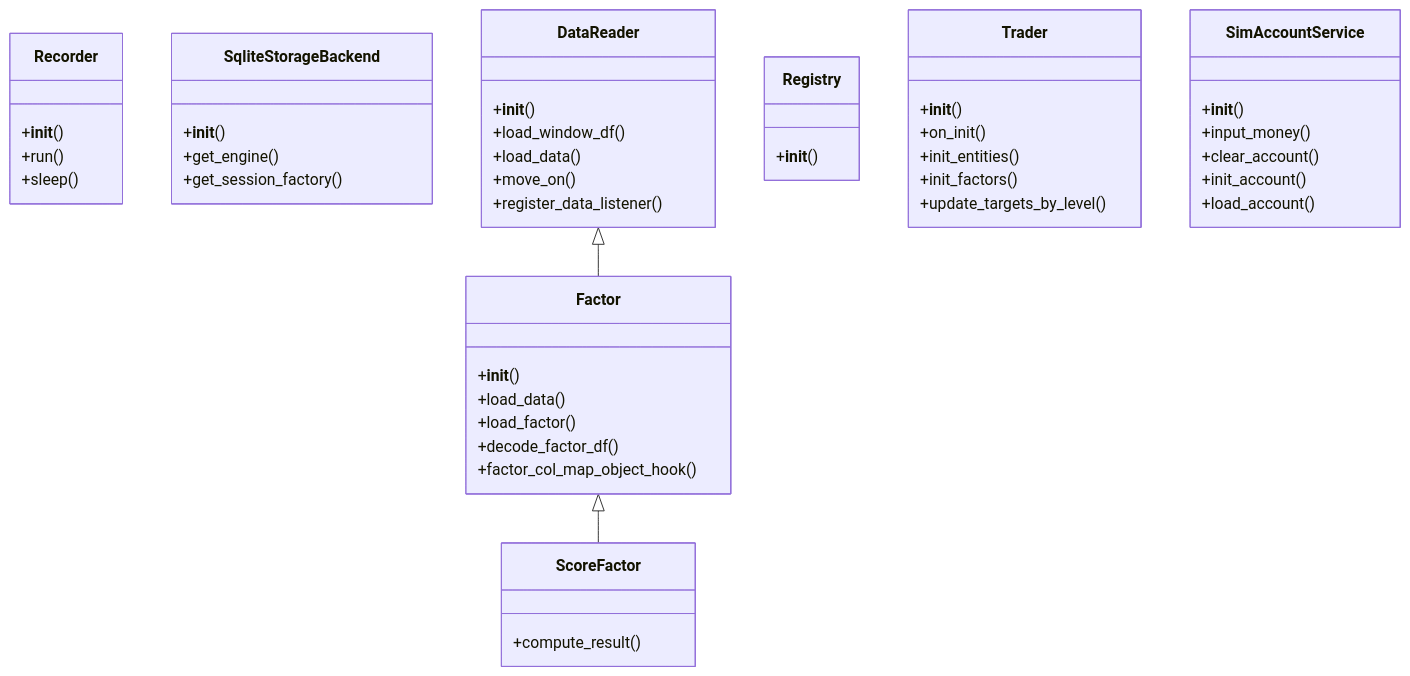
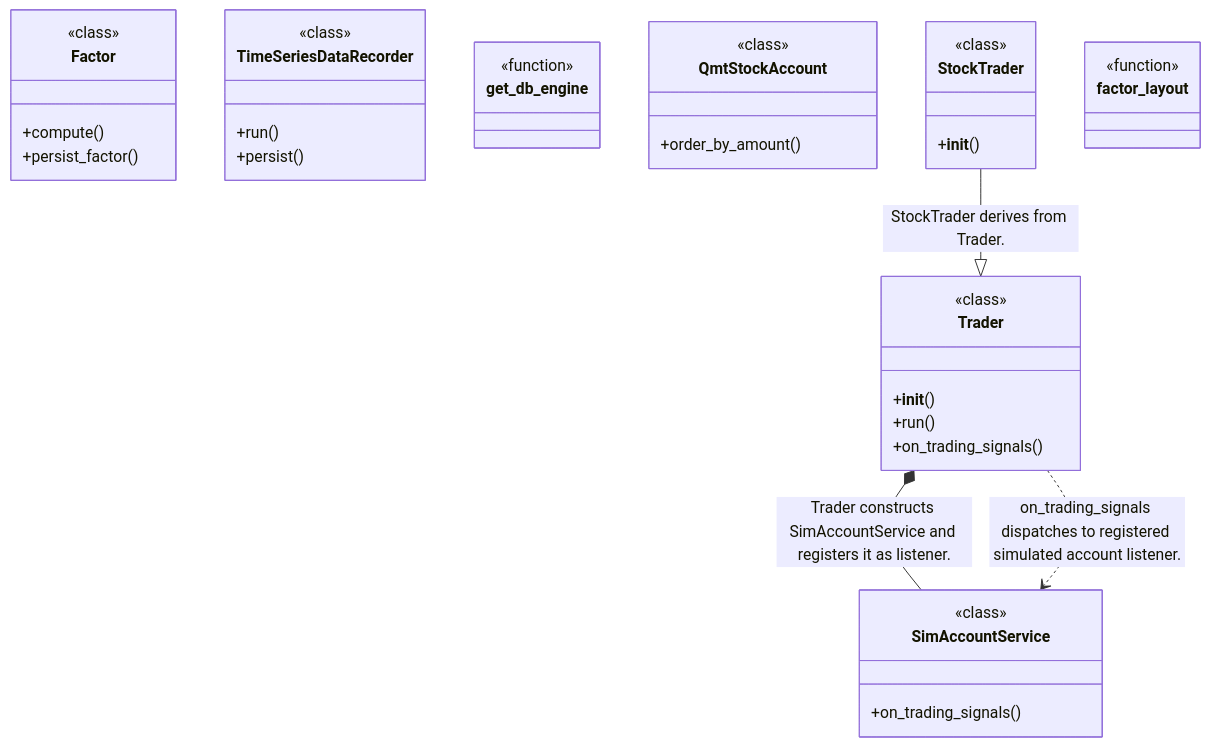
Before and after one commit to alexcwyu/zvt: the second of 4 diagrams in docs/ayu-develop.md, drawn with Mermaid. The commit also changed other lines of this file and 13 other files, not shown here.

Commit message:
docs: standardize source-reviewed system guides and offline diagrams

````diff
--- a/docs/ayu-develop.md
+++ b/docs/ayu-develop.md
@@ -83,49 +98,40 @@
 ```mermaid
 classDiagram
-    class Recorder {
-        +__init__()
-        +run()
-        +sleep()
-    }
-    class SqliteStorageBackend {
-        +__init__()
-        +get_engine()
-        +get_session_factory()
-    }
-    class DataReader {
-        +__init__()
-        +load_window_df()
-        +load_data()
-        +move_on()
-        +register_data_listener()
-    }
-    class Factor {
-        +__init__()
-        +load_data()
-        +load_factor()
-        +decode_factor_df()
-        +factor_col_map_object_hook()
-    }
-    DataReader <|-- Factor
-    class ScoreFactor {
-        +compute_result()
-    }
-    Factor <|-- ScoreFactor
-    class Registry {
-        +__init__()
-    }
-    class Trader {
-        +__init__()
-        +on_init()
-        +init_entities()
-        +init_factors()
-        +update_targets_by_level()
-    }
-    class SimAccountService {
-        +__init__()
-        +input_money()
-        +clear_account()
-        +init_account()
-        +load_account()
-    }
+  class N0["Trader"] {
+    <<class>>
+    +__init__()
+    +run()
+    +on_trading_signals()
+  }
+  class N1["SimAccountService"] {
+    <<class>>
+    +on_trading_signals()
+  }
+  class N2["Factor"] {
+    <<class>>
+    +compute()
+    +persist_factor()
+  }
+  class N3["TimeSeriesDataRecorder"] {
+    <<class>>
+    +run()
+    +persist()
+  }
+  class N4["get_db_engine"] {
+    <<function>>
+  }
+  class N5["QmtStockAccount"] {
+    <<class>>
+    +order_by_amount()
+  }
+  class N6["StockTrader"] {
+    <<class>>
+    +__init__()
+  }
+  class N7["factor_layout"] {
+    <<function>>
+  }
+  N0 *-- N1 : Trader constructs SimAccountService and registers it as listener.
+  N0 ..> N1 : on_trading_signals dispatches to registered simulated account listener.
+  N6 --|> N0 : StockTrader derives from Trader.
 ```
````
